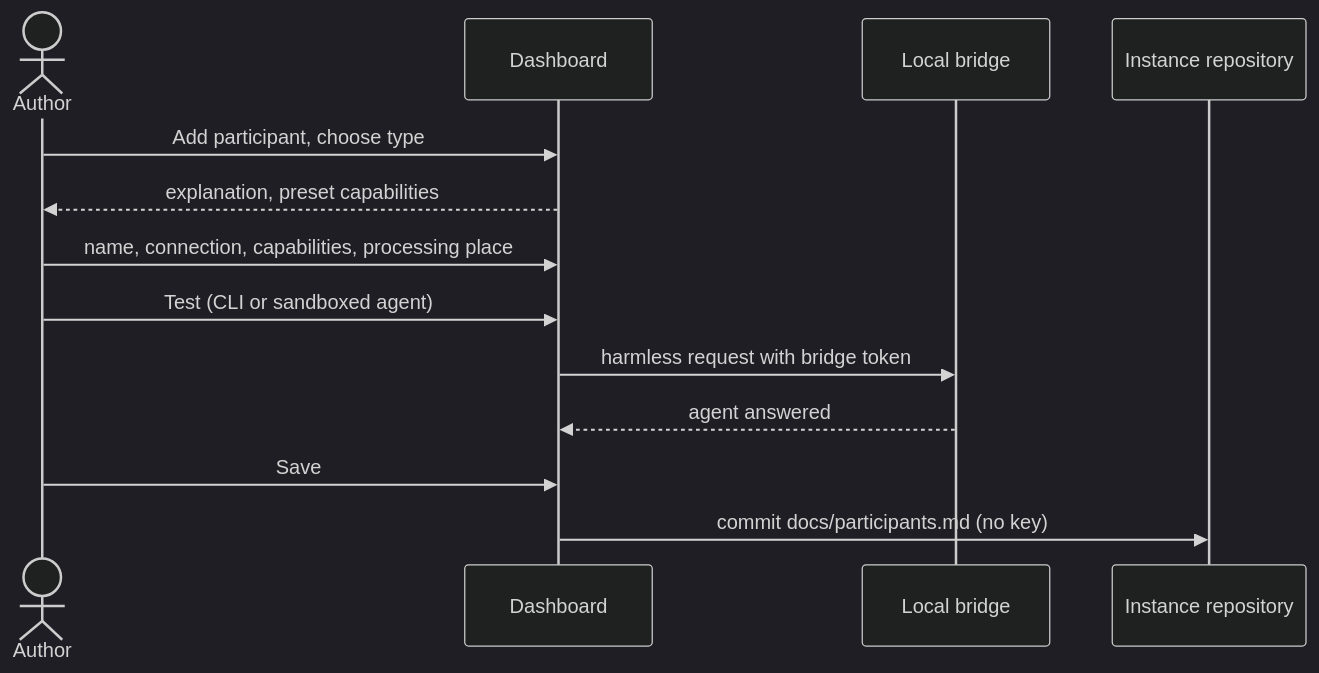
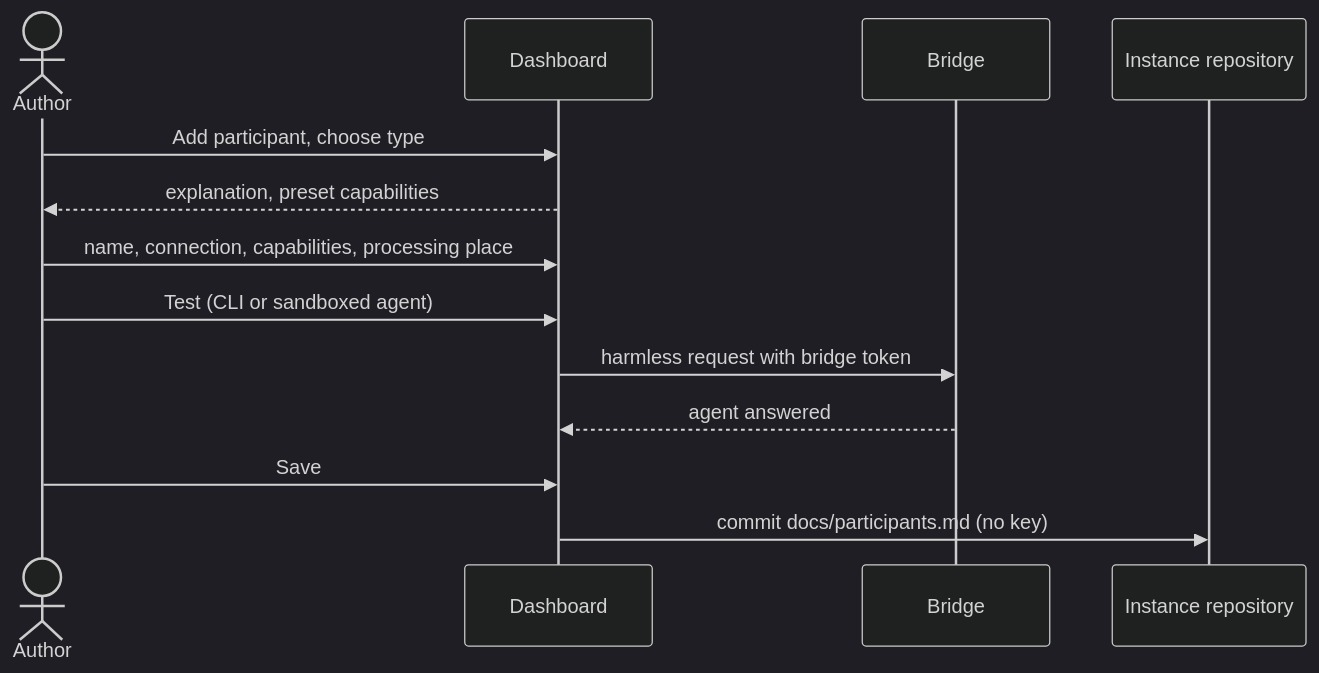
The diagram in docs/use-cases/UC-017-configure-participants.md (akmaier/agent-m), drawn with Mermaid (dark theme) before and after one commit. The commit also changed other lines of this file and 28 other files, not shown here.

````diff
--- a/docs/use-cases/UC-017-configure-participants.md
+++ b/docs/use-cases/UC-017-configure-participants.md
@@ -89,15 +90,15 @@
 ```mermaid
 sequenceDiagram
     actor A as Author
     participant D as Dashboard
-    participant B as Local bridge
+    participant B as Bridge
     participant I as Instance repository
     A->>D: Add participant, choose type
     D-->>A: explanation, preset capabilities
     A->>D: name, connection, capabilities, processing place
     A->>D: Test (CLI or sandboxed agent)
     D->>B: harmless request with bridge token
     B-->>D: agent answered
     A->>D: Save
     D->>I: commit docs/participants.md (no key)
 ```
````
